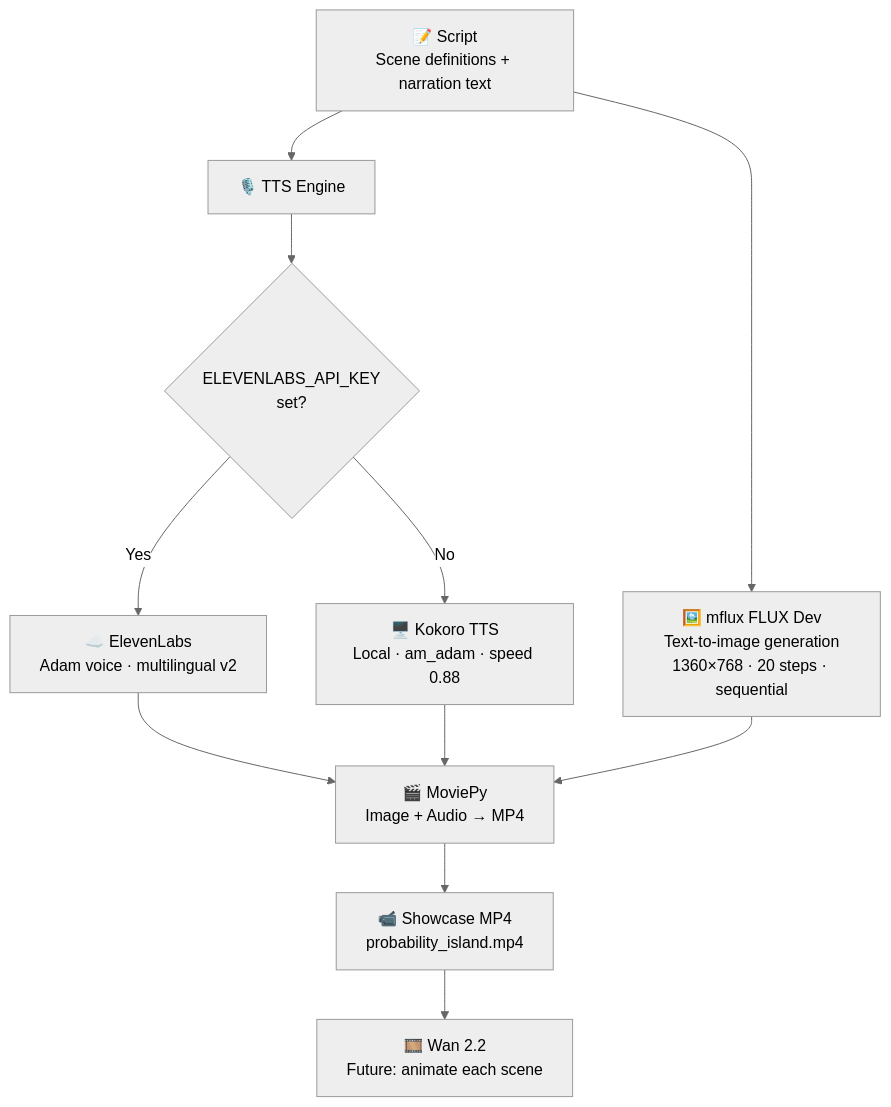
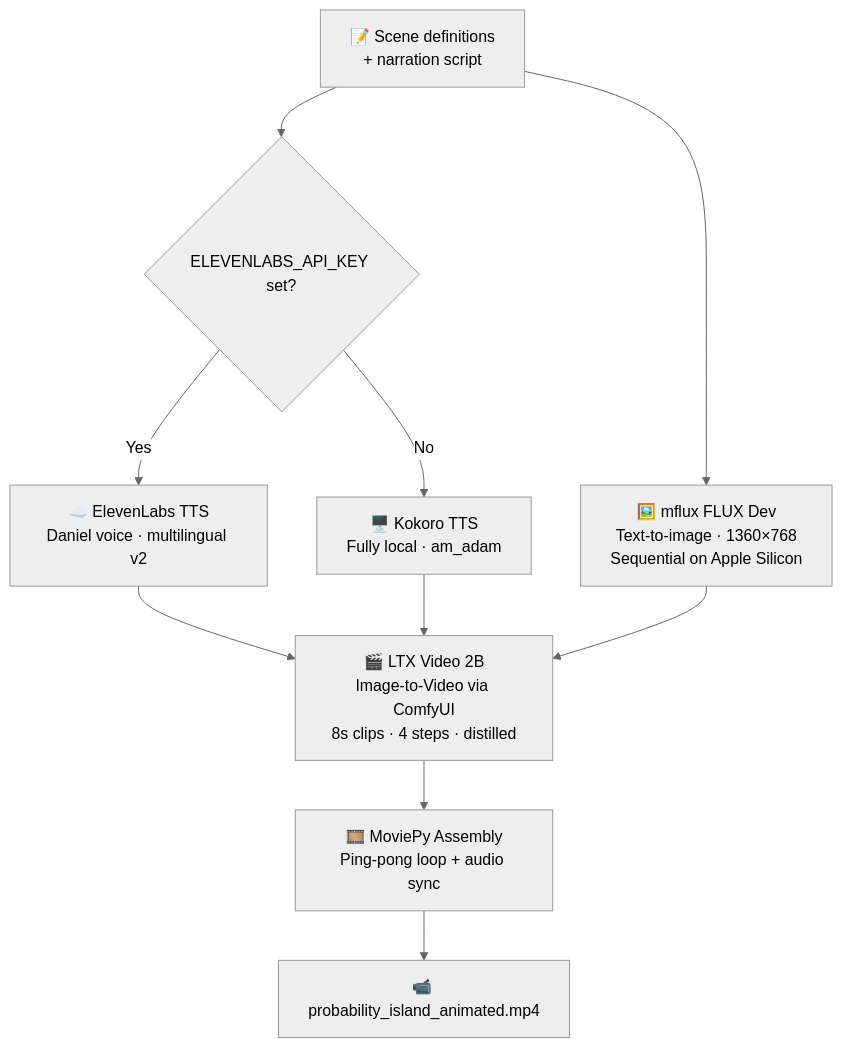
The diagram in README.md (LakshmiSravyaVedantham/gurukul-ai), drawn with Mermaid (neutral theme) before and after one commit. The commit also changed other lines of this file and 4 other files, not shown here.

First line of the commit message:
Complete pipeline: LTX Video animation + download helper + requirements

````diff
--- a/README.md
+++ b/README.md
@@ -13,13 +21,12 @@
 ```mermaid
 flowchart TD
-    A[📝 Script\nScene definitions + narration text] --> B[🖼️ mflux FLUX Dev\nText-to-image generation\n1360×768 · 20 steps · sequential]
-    A --> C[🎙️ TTS Engine]
-    C --> D{ELEVENLABS_API_KEY\nset?}
-    D -- Yes --> E[☁️ ElevenLabs\nAdam voice · multilingual v2]
-    D -- No --> F[🖥️ Kokoro TTS\nLocal · am_adam · speed 0.88]
-    E --> G[🎬 MoviePy\nImage + Audio → MP4]
-    F --> G
-    B --> G
-    G --> H[📹 Showcase MP4\nprobability_island.mp4]
-    H --> I[🎞️ Wan 2.2\nFuture: animate each scene]
+    A[📝 Scene definitions\n+ narration script] --> B[🖼️ mflux FLUX Dev\nText-to-image · 1360×768\nSequential on Apple Silicon]
+    A --> C{ELEVENLABS_API_KEY set?}
+    C -- Yes --> D[☁️ ElevenLabs TTS\nDaniel voice · multilingual v2]
+    C -- No --> E[🖥️ Kokoro TTS\nFully local · am_adam]
+    D --> F[🎬 LTX Video 2B\nImage-to-Video via ComfyUI\n8s clips · 4 steps · distilled]
+    E --> F
+    B --> F
+    F --> G[🎞️ MoviePy Assembly\nPing-pong loop + audio sync]
+    G --> H[📹 probability_island_animated.mp4]
 ```
````
